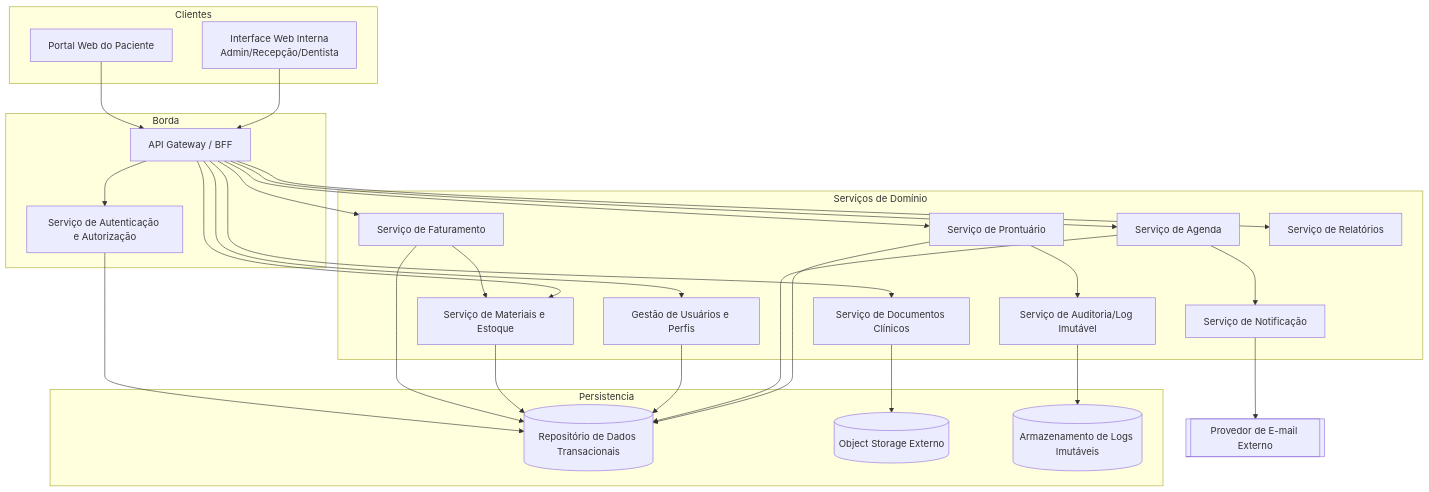
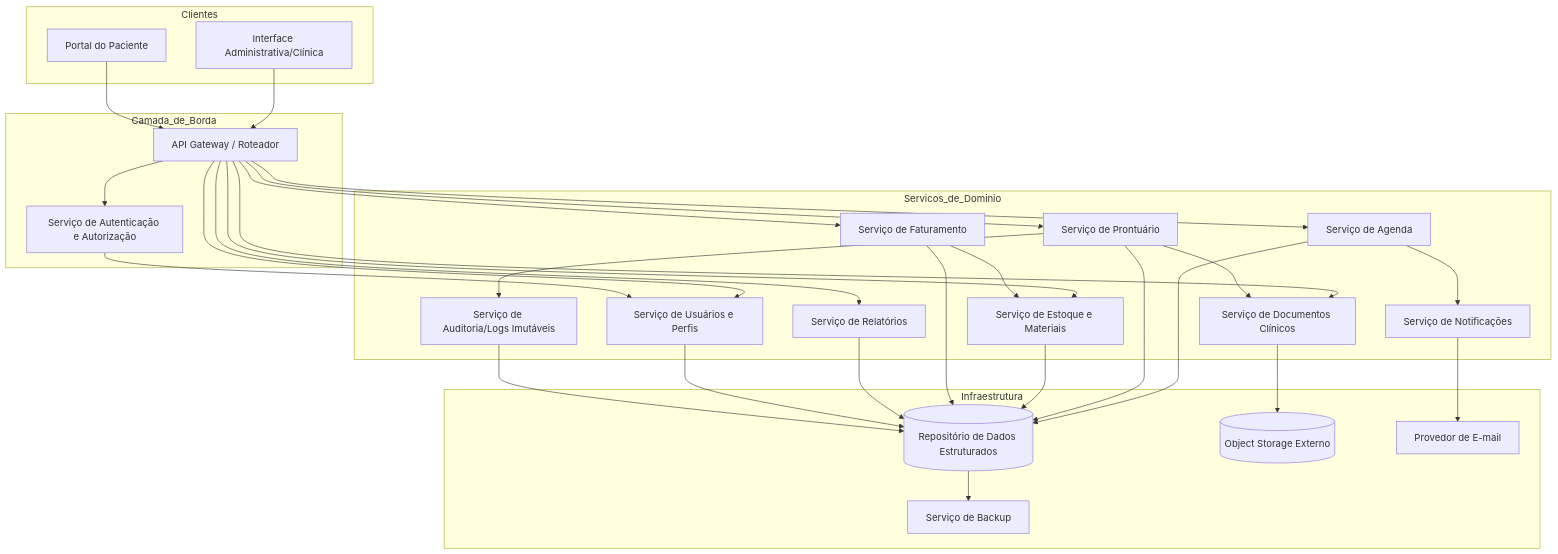
One commit to PDC-ESIA/AI4ES changed the first of 4 diagrams in docs/Time_2_Design/analise-qualitativa/outputs/relatorio_claude_opus_4_8_M02.md. Above: the diagram before and after it, drawn with Mermaid. The commit also changed other lines of this file and 107 other files, not shown here.

````diff
--- a/docs/Time_2_Design/analise-qualitativa/outputs/relatorio_claude_opus_4_8_M02.md
+++ b/docs/Time_2_Design/analise-qualitativa/outputs/relatorio_claude_opus_4_8_M02.md
@@ -31,56 +31,58 @@
 ```mermaid
-flowchart TB
+graph TD
     subgraph Clientes
-        WebAdmin[Interface Web Interna\nAdmin/Recepção/Dentista]
-        PortalPac[Portal Web do Paciente]
+        WEBADM[Interface Administrativa/Clínica]
+        PORTAL[Portal do Paciente]
     end
 
-    subgraph Borda
-        GW[API Gateway / BFF]
-        Auth[Serviço de Autenticação e Autorização]
+    subgraph Camada_de_Borda
+        GW[API Gateway / Roteador]
+        AUTH[Serviço de Autenticação e Autorização]
     end
 
-    subgraph Servicos[Serviços de Domínio]
-        Usuarios[Gestão de Usuários e Perfis]
-        Agenda[Serviço de Agenda]
-        Prontuario[Serviço de Prontuário]
-        Documentos[Serviço de Documentos Clínicos]
-        Estoque[Serviço de Materiais e Estoque]
-        Faturamento[Serviço de Faturamento]
-        Notificacao[Serviço de Notificação]
-        Relatorio[Serviço de Relatórios]
-        Auditoria[Serviço de Auditoria/Log Imutável]
+    subgraph Servicos_de_Dominio
+        USR[Serviço de Usuários e Perfis]
+        AGD[Serviço de Agenda]
+        PRT[Serviço de Prontuário]
+        DOC[Serviço de Documentos Clínicos]
+        EST[Serviço de Estoque e Materiais]
+        FAT[Serviço de Faturamento]
+        NOT[Serviço de Notificações]
+        REL[Serviço de Relatórios]
+        LOG[Serviço de Auditoria/Logs Imutáveis]
     end
 
-    subgraph Persistencia
-        DB[(Repositório de Dados Transacionais)]
-        ObjStore[(Object Storage Externo)]
-        LogStore[(Armazenamento de Logs Imutáveis)]
+    subgraph Infraestrutura
+        DB[(Repositório de Dados Estruturados)]
+        OBJ[(Object Storage Externo)]
+        MAIL[Provedor de E-mail]
+        BKP[Serviço de Backup]
     end
 
-    Email[[Provedor de E-mail Externo]]
+    WEBADM --> GW
+    PORTAL --> GW
+    GW --> AUTH
+    GW --> USR
+    GW --> AGD
+    GW --> PRT
+    GW --> DOC
+    GW --> EST
+    GW --> FAT
+    GW --> REL
 
-    WebAdmin --> GW
-    PortalPac --> GW
-    GW --> Auth
-    GW --> Usuarios
-    GW --> Agenda
-    GW --> Prontuario
-    GW --> Documentos
-    GW --> Estoque
-    GW --> Faturamento
-    GW --> Relatorio
-
-    Agenda --> Notificacao
-    Notificacao --> Email
-    Prontuario --> Auditoria
-    Documentos --> ObjStore
-    Faturamento --> Estoque
-    Prontuario --> DB
-    Agenda --> DB
-    Usuarios --> DB
-    Estoque --> DB
-    Faturamento --> DB
-    Auditoria --> LogStore
-    Auth --> DB
+    AUTH --> USR
+    AGD --> NOT
+    AGD --> DB
+    PRT --> DB
+    PRT --> LOG
+    PRT --> DOC
+    DOC --> OBJ
+    EST --> DB
+    FAT --> DB
+    FAT --> EST
+    REL --> DB
+    NOT --> MAIL
+    USR --> DB
+    LOG --> DB
+    DB --> BKP
 ```
````
